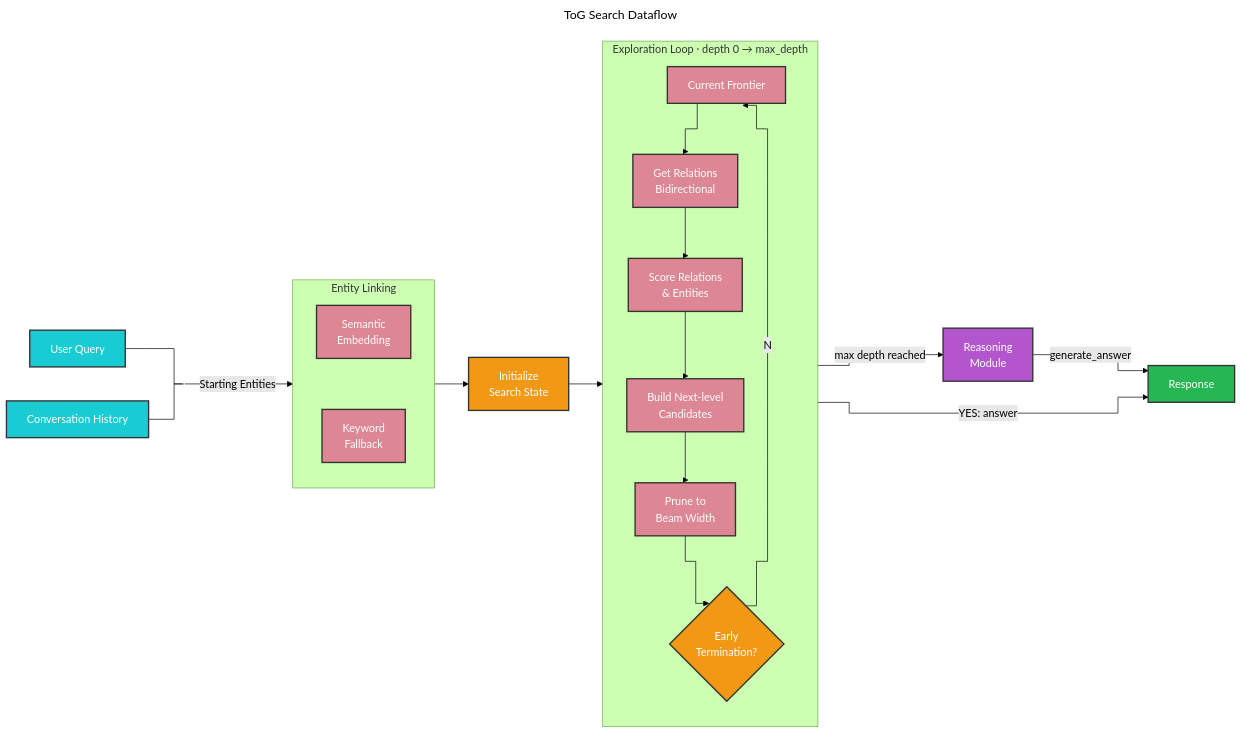
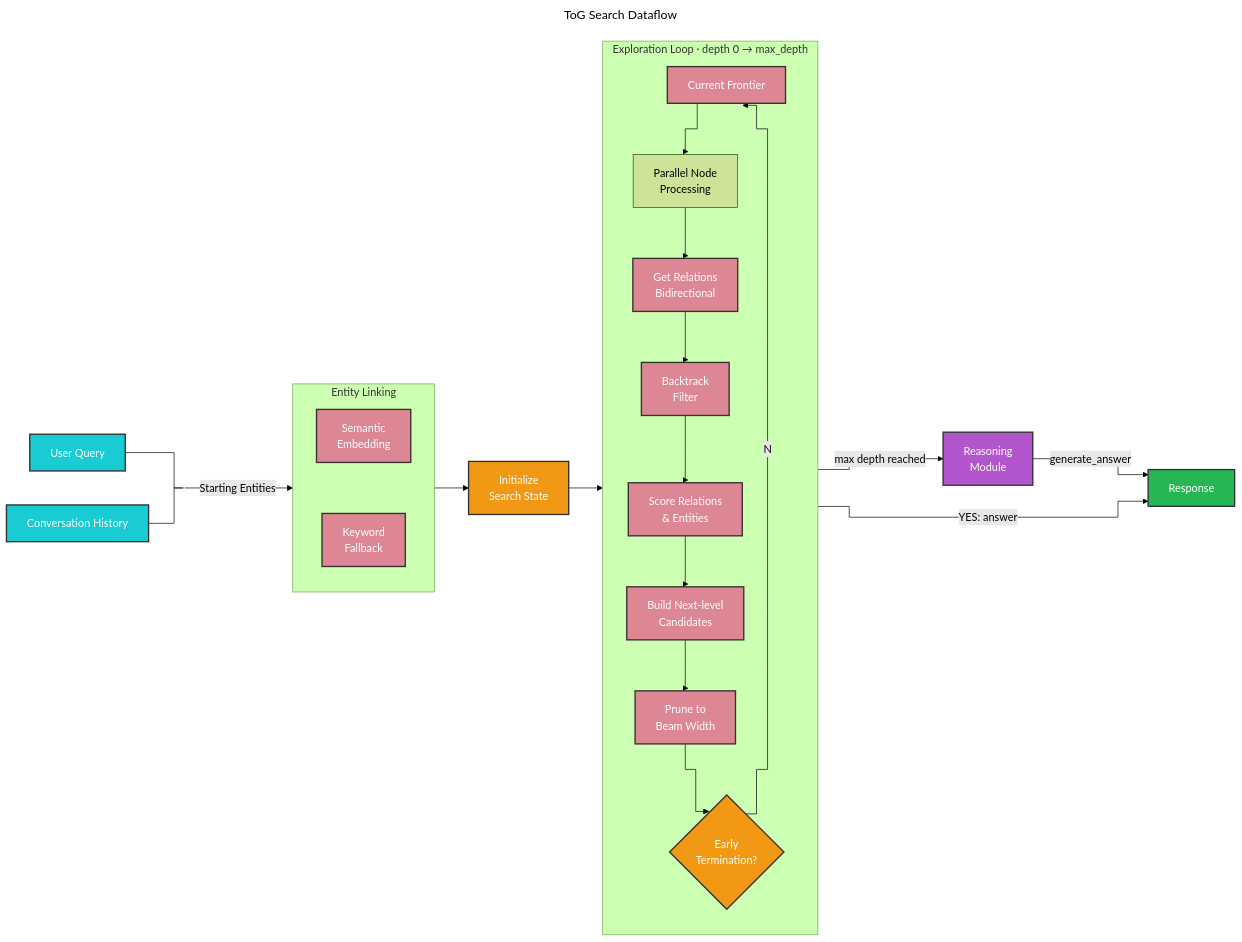
Before and after one commit to huytu0702/gtog: the first of 3 diagrams in docs/query/tog_search.md, drawn with Mermaid (forest theme). The commit also changed other lines of this file and 12 other files, not shown here.

````diff
--- a/docs/query/tog_search.md
+++ b/docs/query/tog_search.md
@@ -11,46 +11,48 @@
 ```mermaid
 ---
 title: ToG Search Dataflow
 ---
 %%{ init: { 'flowchart': { 'curve': 'step' } } }%%
 flowchart LR
 
     uq[User Query] --- .1
     ch1[Conversation History] --- .1
 
     subgraph EL[Entity Linking]
         direction TB
-        el1[Semantic<br/>Embedding]~~~el2[Keyword<br/>Fallback]
+        el1[Semantic<br>Embedding]~~~el2[Keyword<br>Fallback]
     end
 
-    .1 --Starting Entities--> EL --> init[Initialize<br/>Search State]
+    .1 --Starting Entities--> EL --> init[Initialize<br>Search State]
 
     subgraph LOOP[Exploration Loop · depth 0 → max_depth]
         direction TB
-        fr[Current Frontier] --> rel[Get Relations<br/>Bidirectional]
-        rel --> ps[Score Relations<br/>& Entities]
-        ps --> np[Build Next-level<br/>Candidates]
-        np --> prune[Prune to<br/>Beam Width]
-        prune --> et{Early<br/>Termination?}
+        fr[Current Frontier] --> par[Parallel Node<br>Processing]
+        par --> rel[Get Relations<br>Bidirectional]
+        rel --> bt[Backtrack<br>Filter]
+        bt --> ps[Score Relations<br>& Entities]
+        ps --> np[Build Next-level<br>Candidates]
+        np --> prune[Prune to<br>Beam Width]
+        prune --> et{Early<br>Termination?}
         et --No--> fr
     end
 
     init --> LOOP
 
     et --YES: answer--> res[Response]
-    LOOP --max depth reached--> rea[Reasoning<br/>Module]
+    LOOP --max depth reached--> rea[Reasoning<br>Module]
     rea --generate_answer--> res
 
      classDef green fill:#26B653,stroke:#333,stroke-width:2px,color:#fff;
      classDef turquoise fill:#19CCD3,stroke:#333,stroke-width:2px,color:#fff;
      classDef rose fill:#DD8694,stroke:#333,stroke-width:2px,color:#fff;
      classDef orange fill:#F19914,stroke:#333,stroke-width:2px,color:#fff;
      classDef purple fill:#B356CD,stroke:#333,stroke-width:2px,color:#fff;
      classDef invisible fill:#fff,stroke:#fff,stroke-width:0px,color:#fff, width:0px;
      class uq,ch1 turquoise;
-     class el1,el2,fr,rel,ps,np,prune rose;
+     class el1,el2,fr,rel,bt,ps,np,prune rose;
      class init,et orange;
      class rea purple;
      class res green;
      class .1 invisible;
 ```
````
